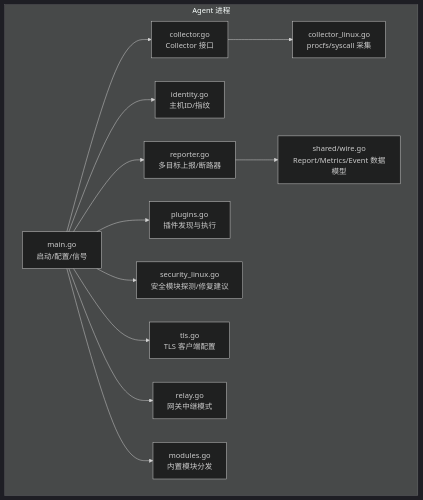
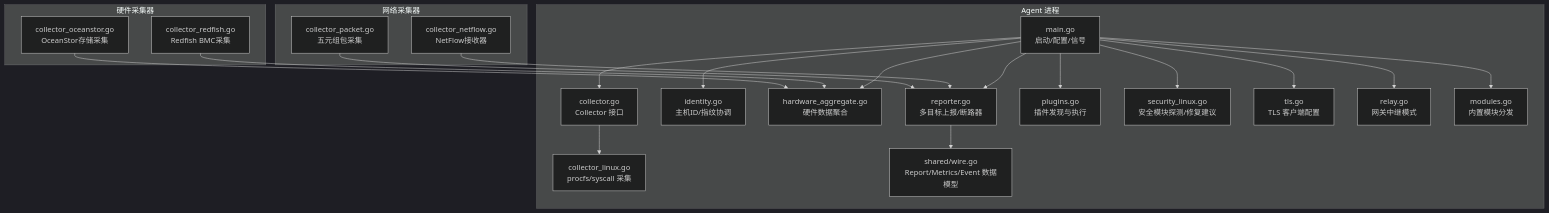
One commit to sreyun/aiops-monitor changed the first of 6 diagrams in .qoder/repowiki/zh/content/架构设计/Agent 客户端架构/Agent 核心架构.md. Above: the diagram before and after it, drawn with Mermaid (dark theme). The commit also changed other lines of this file and 41 other files, not shown here.

````diff
--- a/.qoder/repowiki/zh/content/架构设计/Agent 客户端架构/Agent 核心架构.md
+++ b/.qoder/repowiki/zh/content/架构设计/Agent 客户端架构/Agent 核心架构.md
@@ -49,15 +67,24 @@
 ```mermaid
 graph TB
 subgraph "Agent 进程"
 M["main.go<br/>启动/配置/信号"] --> R["reporter.go<br/>多目标上报/断路器"]
-M --> I["identity.go<br/>主机ID/指纹"]
+M --> I["identity.go<br/>主机ID/指纹协调"]
+M --> HA["hardware_aggregate.go<br/>硬件数据聚合"]
 M --> C["collector.go<br/>Collector 接口"]
 C --> CL["collector_linux.go<br/>procfs/syscall 采集"]
 M --> P["plugins.go<br/>插件发现与执行"]
 M --> S["security_linux.go<br/>安全模块探测/修复建议"]
 M --> T["tls.go<br/>TLS 客户端配置"]
 M --> RL["relay.go<br/>网关中继模式"]
 M --> MU["modules.go<br/>内置模块分发"]
 R --> SH["shared/wire.go<br/>Report/Metrics/Event 数据模型"]
 end
+subgraph "硬件采集器"
+RF["collector_redfish.go<br/>Redfish BMC采集"] --> HA
+OS["collector_oceanstor.go<br/>OceanStor存储采集"] --> HA
+end
+subgraph "网络采集器"
+NF["collector_netflow.go<br/>NetFlow接收器"] --> R
+PK["collector_packet.go<br/>五元组包采集"] --> R
+end
 ```
````
